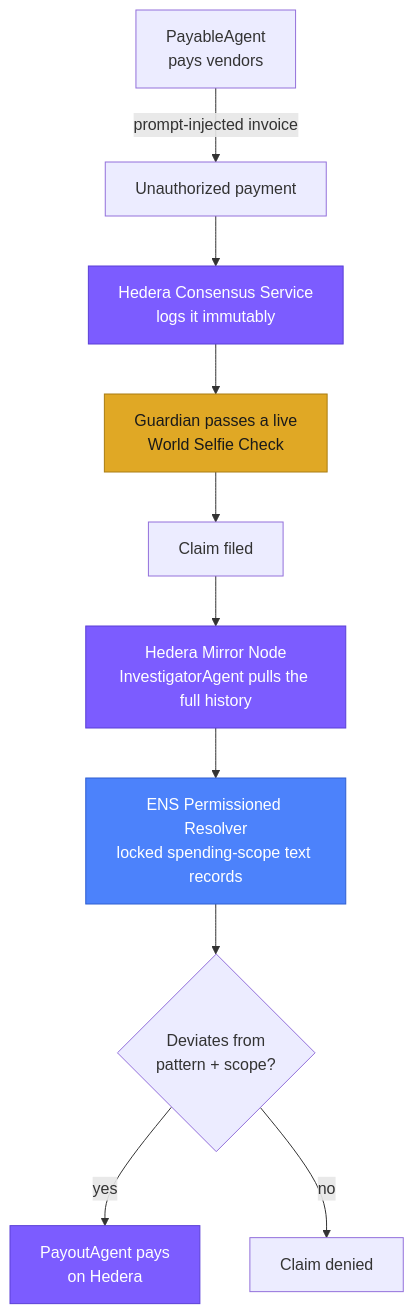
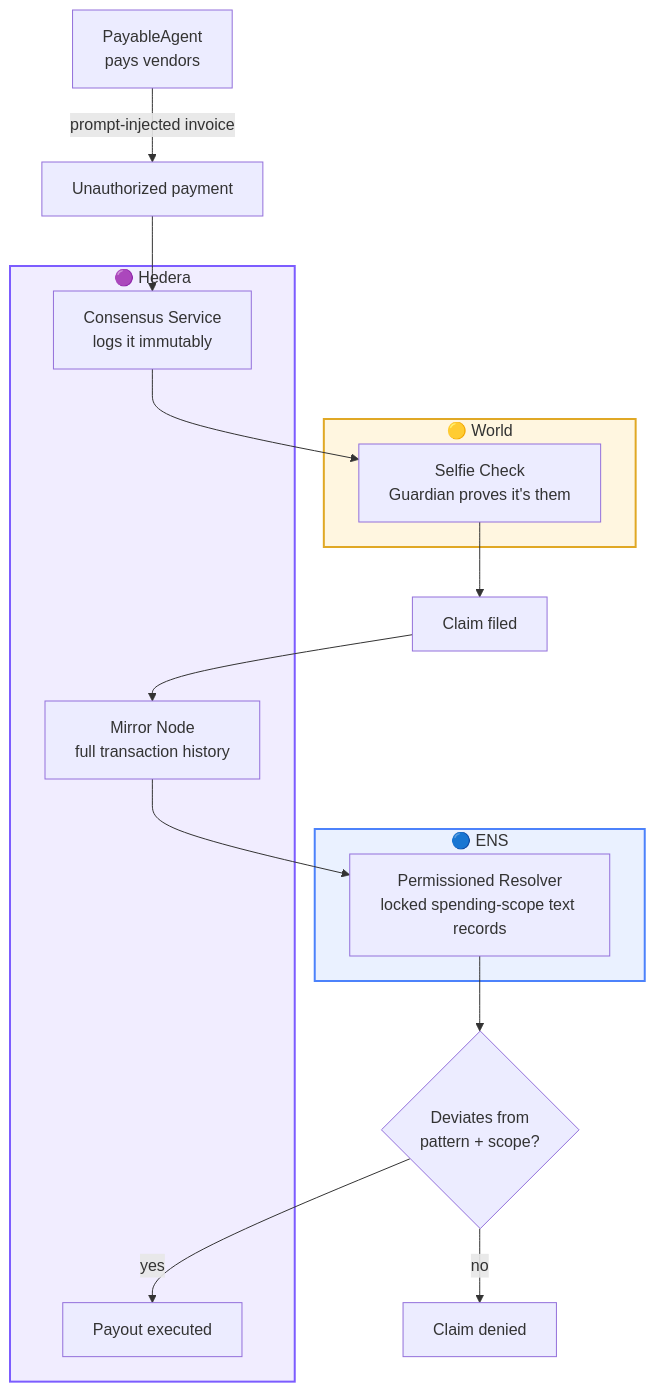
The third of 4 diagrams in README.md (jianruan-io/agent-insure), drawn with Mermaid before and after one commit. The commit also changed other lines of this file, not shown here.

````diff
--- a/README.md
+++ b/README.md
@@ -155,16 +168,31 @@
 ```mermaid
 flowchart TD
     PA["PayableAgent<br/>pays vendors"] -->|"prompt-injected invoice"| BAD["Unauthorized payment"]
-    BAD --> HCS["Hedera Consensus Service<br/>logs it immutably"]:::hedera
-    HCS --> SELFIE["Guardian passes a live<br/>World Selfie Check"]:::world
+
+    subgraph HEDERA_SG["🟣 Hedera"]
+        HCS["Consensus Service<br/>logs it immutably"]
+        MIRROR["Mirror Node<br/>full transaction history"]
+        PAYOUT["Payout executed"]
+    end
+
+    subgraph WORLD_SG["🟡 World"]
+        SELFIE["Selfie Check<br/>Guardian proves it's them"]
+    end
+
+    subgraph ENS_SG["🔵 ENS"]
+        SCOPE["Permissioned Resolver<br/>locked spending-scope text records"]
+    end
+
+    BAD --> HCS
+    HCS --> SELFIE
     SELFIE --> CLAIM["Claim filed"]
-    CLAIM --> MIRROR["Hedera Mirror Node<br/>InvestigatorAgent pulls the full history"]:::hedera
-    MIRROR --> SCOPE["ENS Permissioned Resolver<br/>locked spending-scope text records"]:::ens
+    CLAIM --> MIRROR
+    MIRROR --> SCOPE
     SCOPE --> VERDICT{"Deviates from<br/>pattern + scope?"}
-    VERDICT -->|"yes"| PAY["PayoutAgent pays<br/>on Hedera"]:::hedera
+    VERDICT -->|"yes"| PAYOUT
     VERDICT -->|"no"| DENY["Claim denied"]
 
-    classDef hedera fill:#7c5cff,color:#fff,stroke:#5a3fd6,stroke-width:1px
-    classDef ens fill:#4c82fb,color:#fff,stroke:#2f5fd1,stroke-width:1px
-    classDef world fill:#e0a825,color:#1a1a1a,stroke:#a97d13,stroke-width:1px
+    style HEDERA_SG fill:#f1edff,stroke:#7c5cff,stroke-width:2px
+    style WORLD_SG fill:#fff6e0,stroke:#e0a825,stroke-width:2px
+    style ENS_SG fill:#eaf1ff,stroke:#4c82fb,stroke-width:2px
 ```
````
